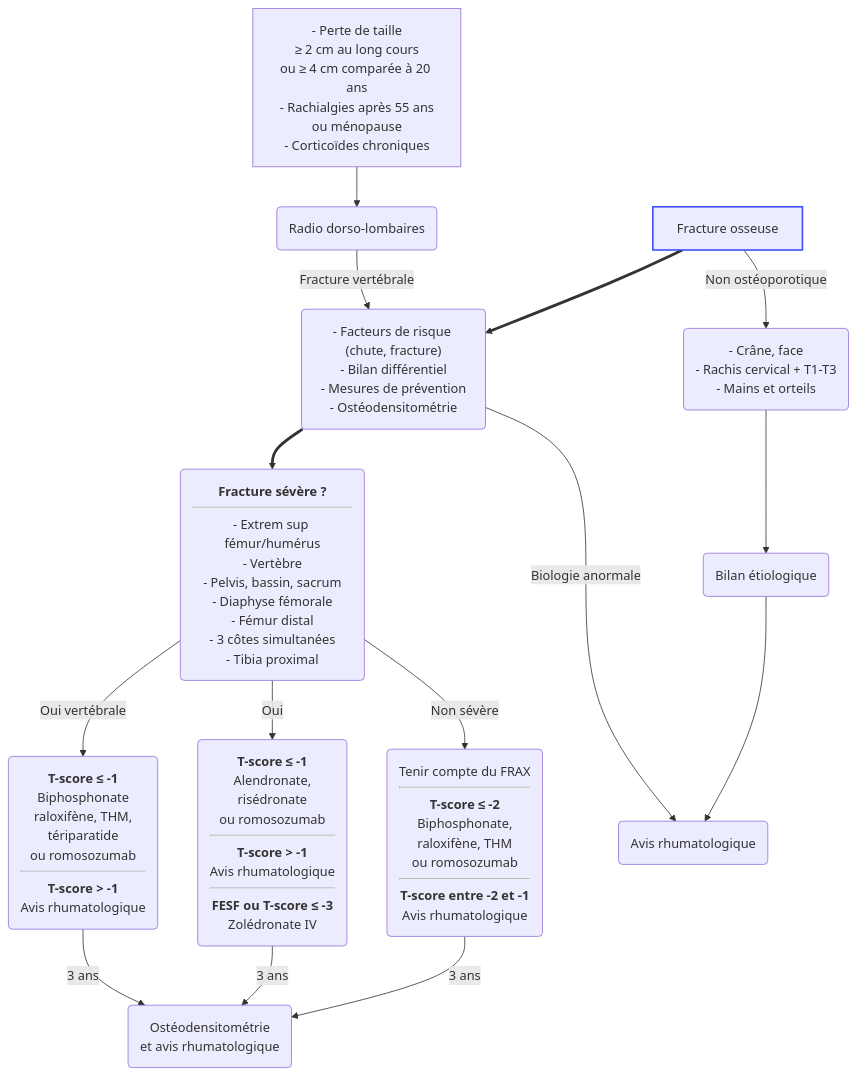
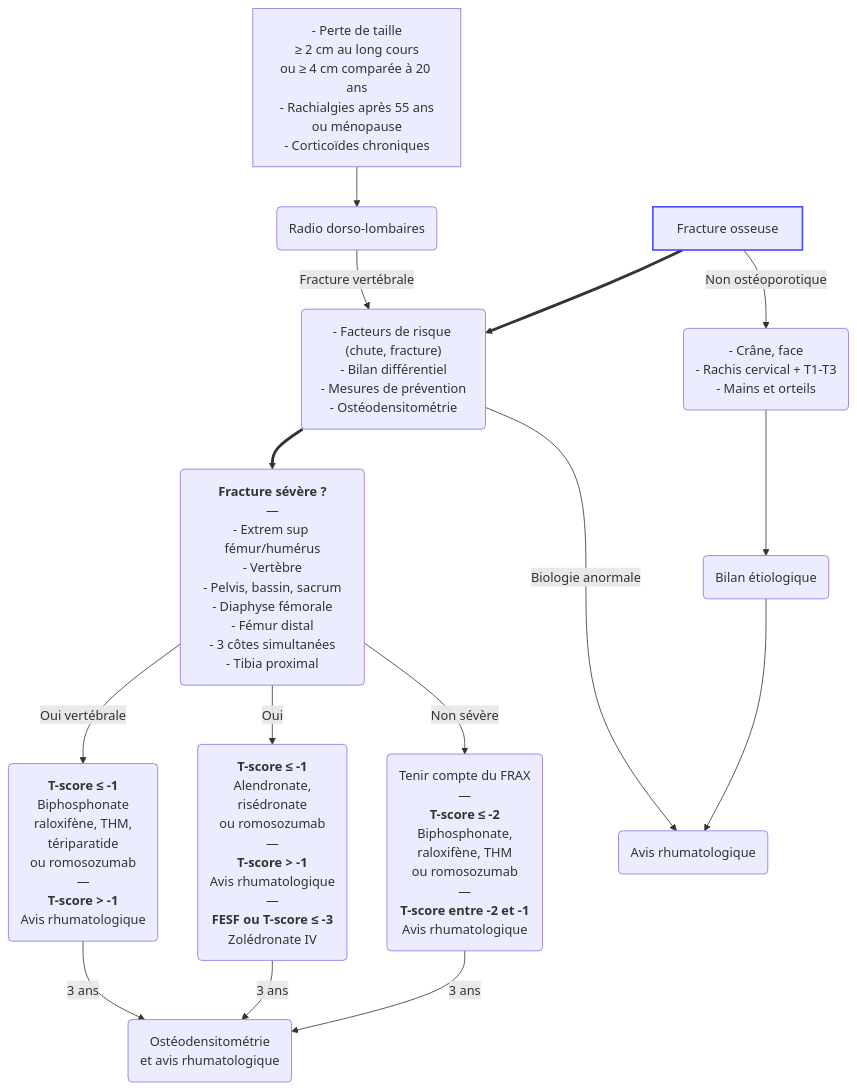
One commit to djibe/recommandations-medicales changed the second of 2 diagrams in content/recommandations/osteoporose.md. Above: the diagram before and after it, drawn with Mermaid. The commit also changed other lines of this file and 51 other files, not shown here.

```diff
--- a/content/recommandations/osteoporose.md
+++ b/content/recommandations/osteoporose.md
@@ -572,13 +572,13 @@
 {{< mermaid title="Prise en charge de l'ostéoporose après fracture osseuse chez la femme. JB Fron d'après SFRhumato 2018, HAS 2019 BUM ostéoporose et HAS 2019 lombalgie" >}}
 graph TB
   perteTaille["- Perte de taille<br>≥ 2 cm au long cours<br>ou ≥ 4 cm comparée à 20 ans<br>- Rachialgies après 55 ans<br>ou ménopause<br>- Corticoïdes chroniques"] --> radio(Radio dorso-lombaires) -- Fracture vertébrale --> bilan
   fracture[Fracture osseuse]
   style fracture stroke:#4150f5, stroke-width:2px
   fracture ==> bilan("- Facteurs de risque (chute, fracture)<br>- Bilan différentiel<br>- Mesures de prévention<br>- Ostéodensitométrie")
-    bilan ==> severe("<b>Fracture sévère ?</b><hr>- Extrem sup fémur/humérus<br>- Vertèbre<br>- Pelvis, bassin, sacrum<br>- Diaphyse fémorale<br>- Fémur distal<br>- 3 côtes simultanées<br>- Tibia proximal")
-      severe -- Oui vertébrale --> traitementVertebre("<b>T-score ≤ -1</b><br>Biphosphonate<br>raloxifène, THM,<br> tériparatide<br>ou romosozumab<hr><b>T-score &gt; -1</b><br>Avis rhumatologique") -- 3 ans --> DXA
-      severe -- Oui --> traitement("<b>T-score ≤ -1</b><br>Alendronate,<br>risédronate<br>ou romosozumab<hr><b>T-score &gt; -1</b><br>Avis rhumatologique<hr><b>FESF ou T-score ≤ -3</b><br>Zolédronate IV") -- 3 ans --> DXA("Ostéodensitométrie<br>et avis rhumatologique")
-      severe -- Non sévère --> nonSevere("Tenir compte du FRAX<hr><b>T-score ≤ -2</b><br>Biphosphonate,<br>raloxifène, THM<br>ou romosozumab<hr><b>T-score entre -2 et -1</b><br>Avis rhumatologique") -- 3 ans --> DXA
+    bilan ==> severe("<b>Fracture sévère ?</b><br>—<br>- Extrem sup fémur/humérus<br>- Vertèbre<br>- Pelvis, bassin, sacrum<br>- Diaphyse fémorale<br>- Fémur distal<br>- 3 côtes simultanées<br>- Tibia proximal")
+      severe -- Oui vertébrale --> traitementVertebre("<b>T-score ≤ -1</b><br>Biphosphonate<br>raloxifène, THM,<br> tériparatide<br>ou romosozumab<br>—<br><b>T-score &gt; -1</b><br>Avis rhumatologique") -- 3 ans --> DXA
+      severe -- Oui --> traitement("<b>T-score ≤ -1</b><br>Alendronate,<br>risédronate<br>ou romosozumab<br>—<br><b>T-score &gt; -1</b><br>Avis rhumatologique<br>—<br><b>FESF ou T-score ≤ -3</b><br>Zolédronate IV") -- 3 ans --> DXA("Ostéodensitométrie<br>et avis rhumatologique")
+      severe -- Non sévère --> nonSevere("Tenir compte du FRAX<br>—<br><b>T-score ≤ -2</b><br>Biphosphonate,<br>raloxifène, THM<br>ou romosozumab<br>—<br><b>T-score entre -2 et -1</b><br>Avis rhumatologique") -- 3 ans --> DXA
     bilan -- Biologie anormale --> avisSpe
   fracture -- Non ostéoporotique --> nonOsteoporotique("- Crâne, face<br>- Rachis cervical + T1-T3<br>- Mains et orteils") --> etiologique(Bilan étiologique) --> avisSpe(Avis rhumatologique)
 {{< /mermaid >}}
```
